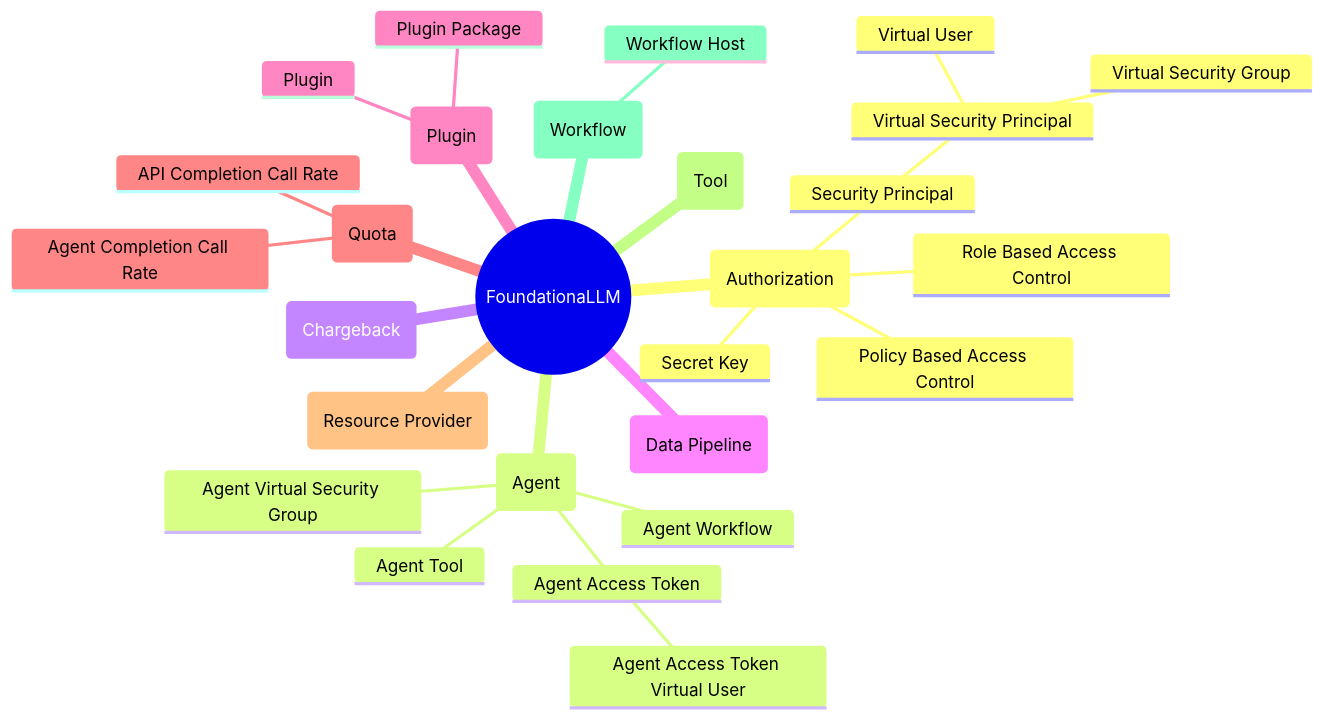
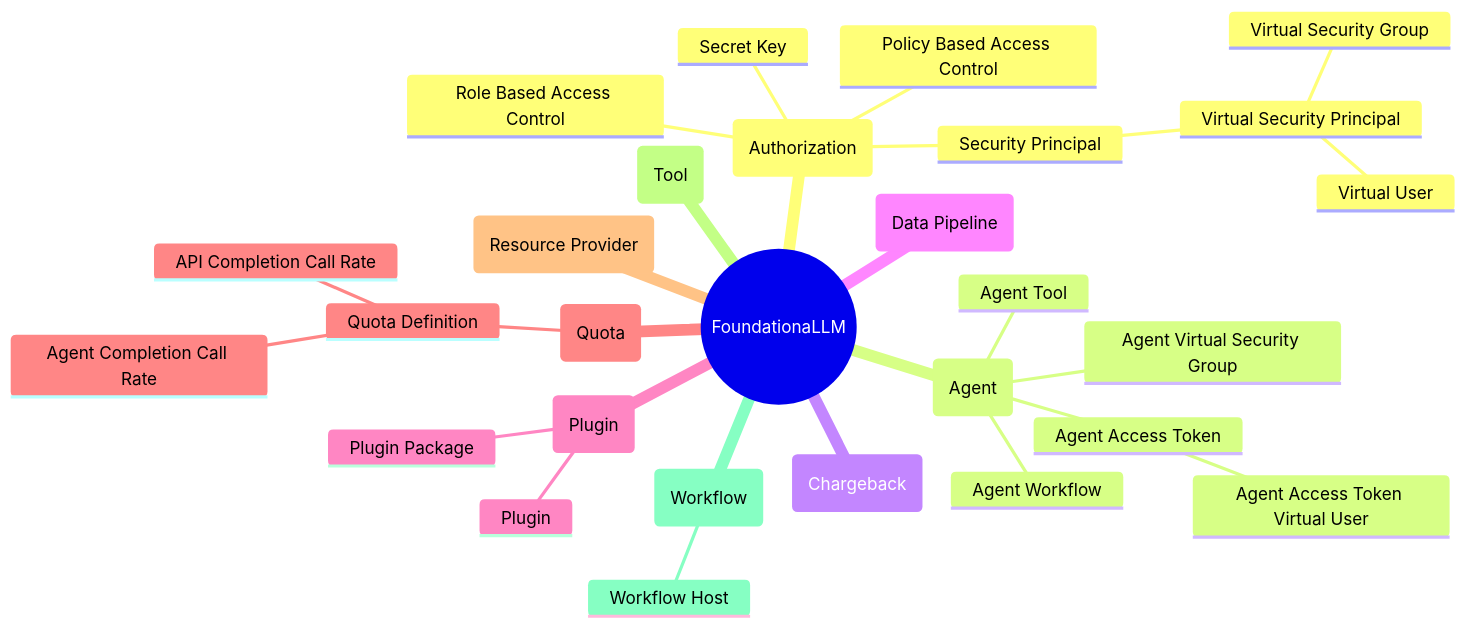
Before and after one commit to foundationallm/foundationallm: the diagram in docs/concepts/index.md, drawn with Mermaid. The commit also changed other lines of this file and 2 other files, not shown here.

````diff
--- a/docs/concepts/index.md
+++ b/docs/concepts/index.md
@@ -5,31 +5,32 @@
 ```mermaid
 mindmap
     root((FoundationaLLM))
     :::link:https://docs.foundationallm.ai
         (Authorization)
             Secret Key
             Role Based Access Control
             Policy Based Access Control
             Security Principal
                 Virtual Security Principal
                     Virtual User
                     Virtual Security Group
         (Agent)
             Agent Workflow
             Agent Tool
             Agent Access Token
                 Agent Access Token Virtual User
             Agent Virtual Security Group
         (Chargeback)
         (Data Pipeline)
         (Plugin)
             Plugin Package
             Plugin
         (Quota)
-            API Completion Call Rate
-            Agent Completion Call Rate
+            Quota Definition
+              API Completion Call Rate
+              Agent Completion Call Rate
         (Resource Provider)
         (Tool)
         (Workflow)
             Workflow Host
 ```
````
